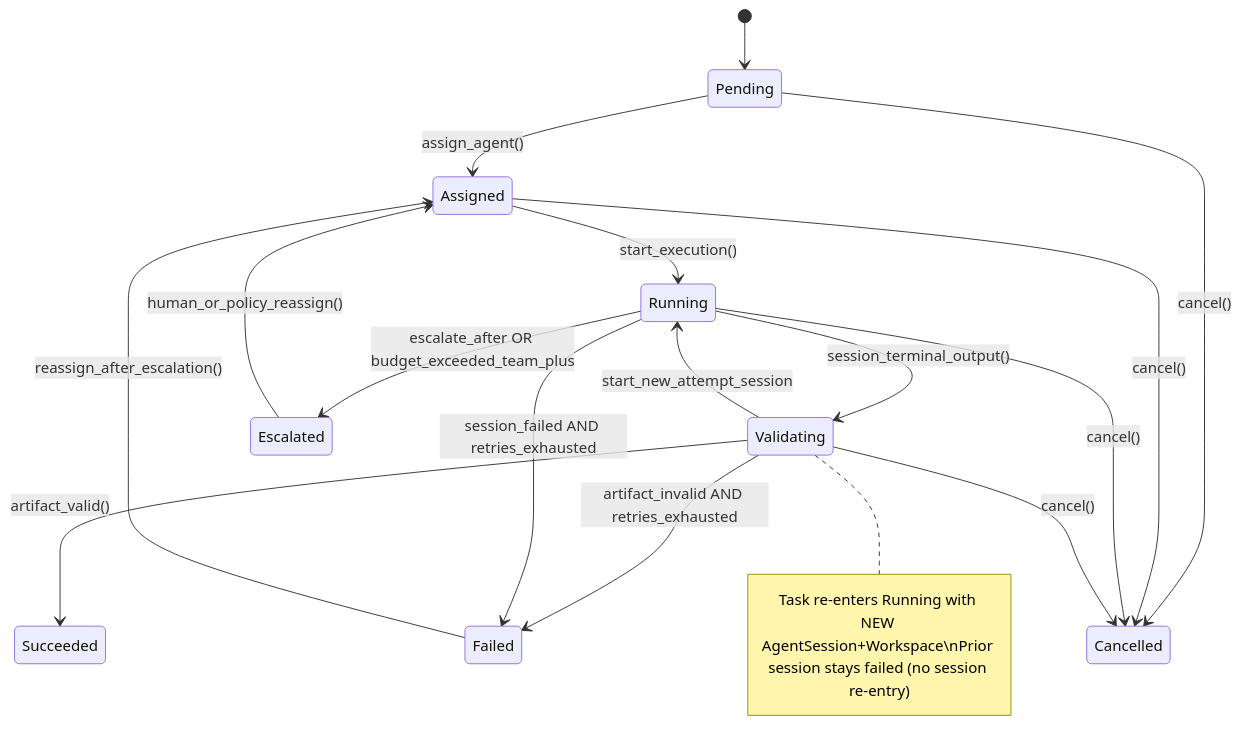
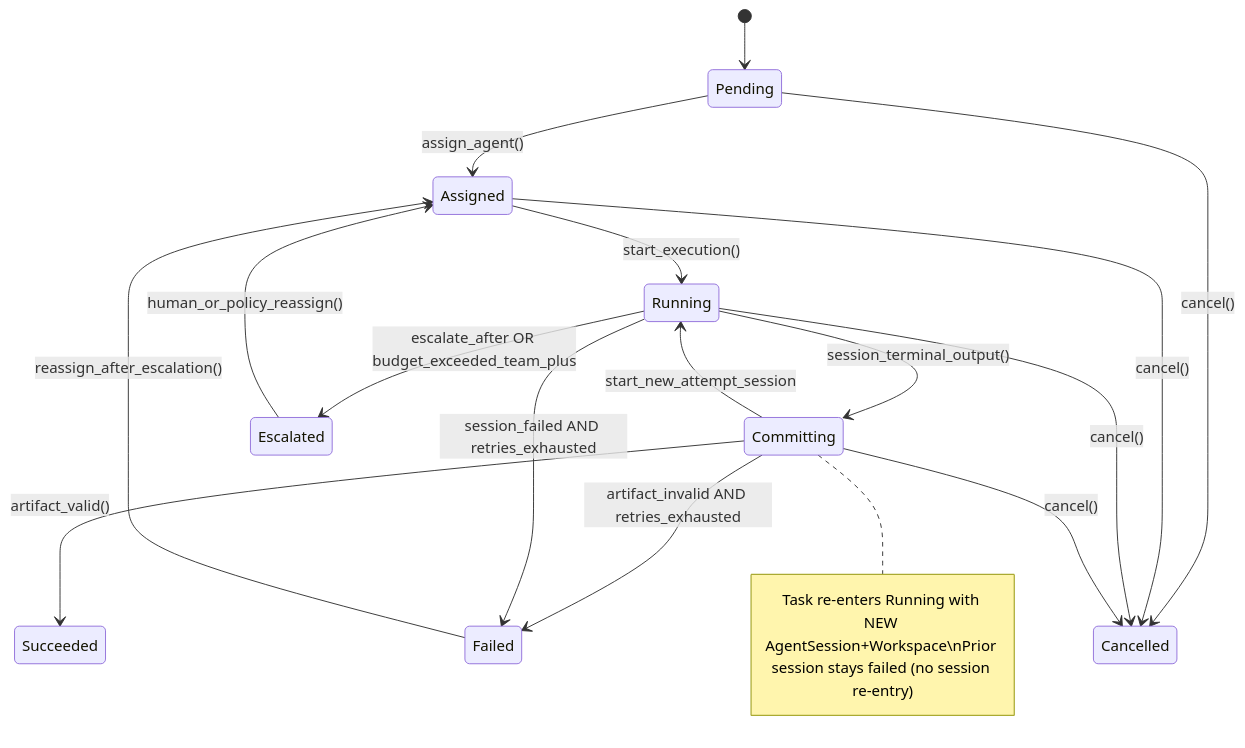
One commit to salimnamvar/amir changed the first of 3 diagrams in docs/specification/model.md. Above: the diagram before and after it, drawn with Mermaid. The commit also changed 3 other files, not shown here.

First line of the commit message:
fix(contract): rename Task.status=validating to committing — P0-TASKVALIDATING

````diff
--- a/docs/specification/model.md
+++ b/docs/specification/model.md
@@ -223,19 +223,19 @@
 ```mermaid
 stateDiagram-v2
     [*] --> Pending
     Pending --> Assigned: assign_agent()
     Assigned --> Running: start_execution()
-    Running --> Validating: session_terminal_output()
-    Validating --> Succeeded: artifact_valid()
-    Validating --> Failed: artifact_invalid AND retries_exhausted
-    Validating --> Running: start_new_attempt_session
-    note right of Validating: Task re-enters Running with NEW AgentSession+Workspace\nPrior session stays failed (no session re-entry)
+    Running --> Committing: session_terminal_output()
+    Committing --> Succeeded: artifact_valid()
+    Committing --> Failed: artifact_invalid AND retries_exhausted
+    Committing --> Running: start_new_attempt_session
+    note right of Committing: Task re-enters Running with NEW AgentSession+Workspace\nPrior session stays failed (no session re-entry)
     Running --> Failed: session_failed AND retries_exhausted
     Running --> Escalated: escalate_after OR budget_exceeded_team_plus
     Pending --> Cancelled: cancel()
     Assigned --> Cancelled: cancel()
     Running --> Cancelled: cancel()
-    Validating --> Cancelled: cancel()
+    Committing --> Cancelled: cancel()
     Failed --> Assigned: reassign_after_escalation()
     Escalated --> Assigned: human_or_policy_reassign()
 ```
````
